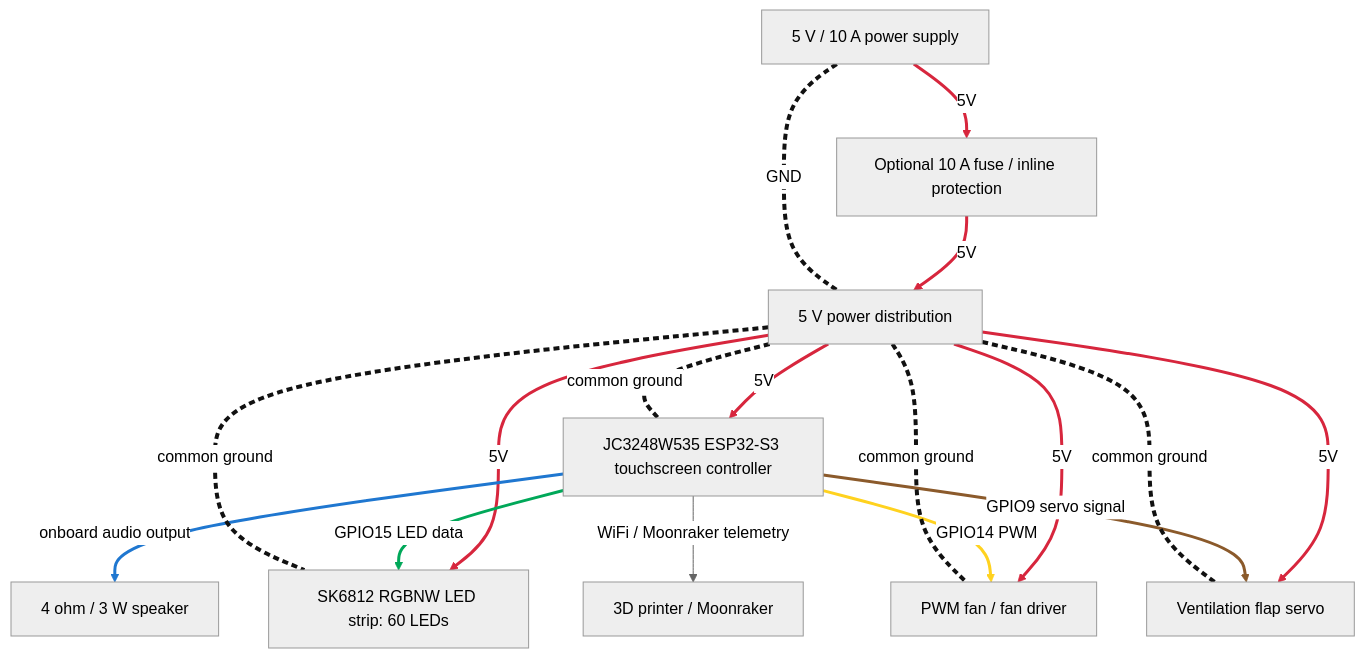
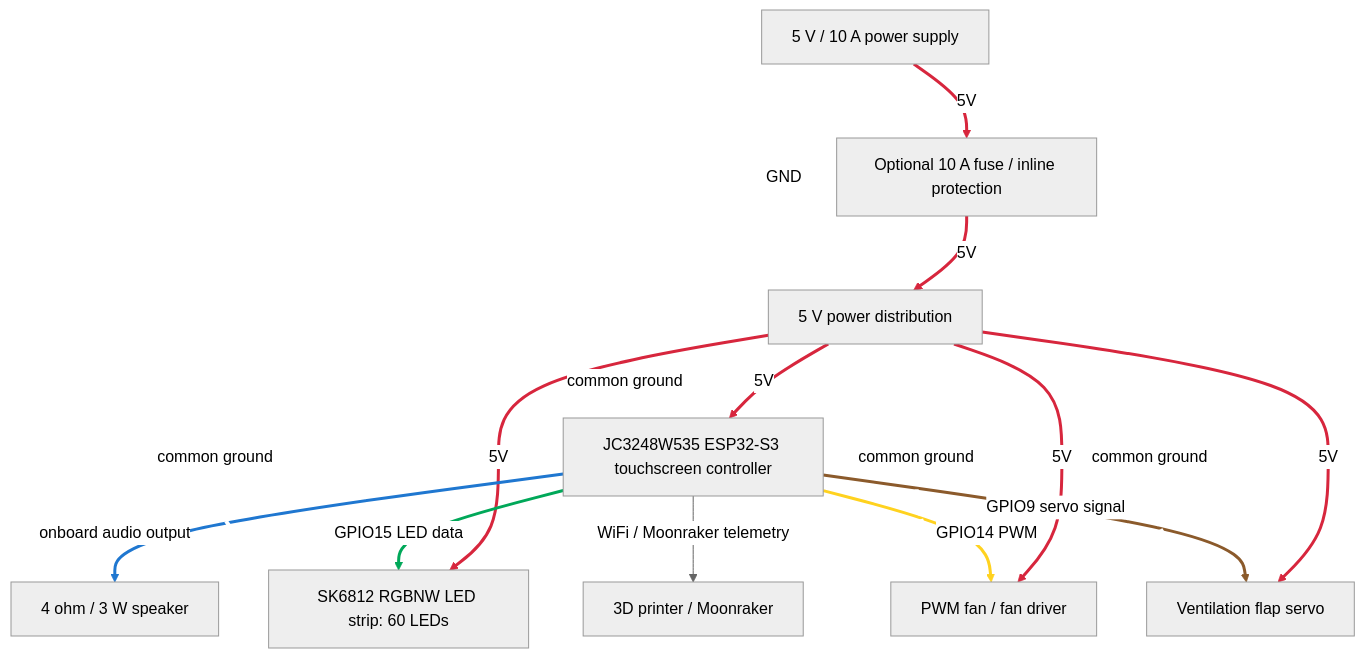
One commit to AlphaStudioDE/coroNET_OS_1 changed the diagram in ASSEMBLY.md. Above: the diagram before and after it, drawn with Mermaid (neutral theme). The commit also changed other lines of this file, not shown here.

````diff
--- a/ASSEMBLY.md
+++ b/ASSEMBLY.md
@@ -11,28 +11,28 @@
 ```mermaid
 flowchart TD
     PSU["5 V / 10 A power supply"] -- "5V" --> FUSE["Optional 10 A fuse / inline protection"]
     FUSE -- "5V" --> DIST["5 V power distribution"]
     PSU -. "GND" .- DIST
     DIST -- "5V" --> ESP["JC3248W535 ESP32-S3 touchscreen controller"]
     DIST -- "5V" --> LED["SK6812 RGBNW LED strip: 60 LEDs"]
     DIST -- "5V" --> FAN["PWM fan / fan driver"]
     DIST -- "5V" --> SERVO["Ventilation flap servo"]
 
     ESP -- "GPIO15 LED data" --> LED
     ESP -- "onboard audio output" --> SPK["4 ohm / 3 W speaker"]
     ESP -- "GPIO14 PWM" --> FAN
     ESP -- "GPIO9 servo signal" --> SERVO
     ESP -- "WiFi / Moonraker telemetry" --> PRINTER["3D printer / Moonraker"]
 
     DIST -. "common ground" .- ESP
     DIST -. "common ground" .- LED
     DIST -. "common ground" .- FAN
     DIST -. "common ground" .- SERVO
 
     linkStyle 0,1,3,4,5,6 stroke:#d7263d,stroke-width:3px
     linkStyle 7 stroke:#00a859,stroke-width:3px
     linkStyle 8 stroke:#1f77d0,stroke-width:3px
     linkStyle 9 stroke:#ffd21f,stroke-width:3px
     linkStyle 10 stroke:#8b5a2b,stroke-width:3px
-    linkStyle 2,12,13,14,15 stroke:#111111,stroke-width:4px,stroke-dasharray: 6 4
+    linkStyle 2,12,13,14,15 stroke:#ffffff,stroke-width:4px,stroke-dasharray: 6 4
 ```
````
